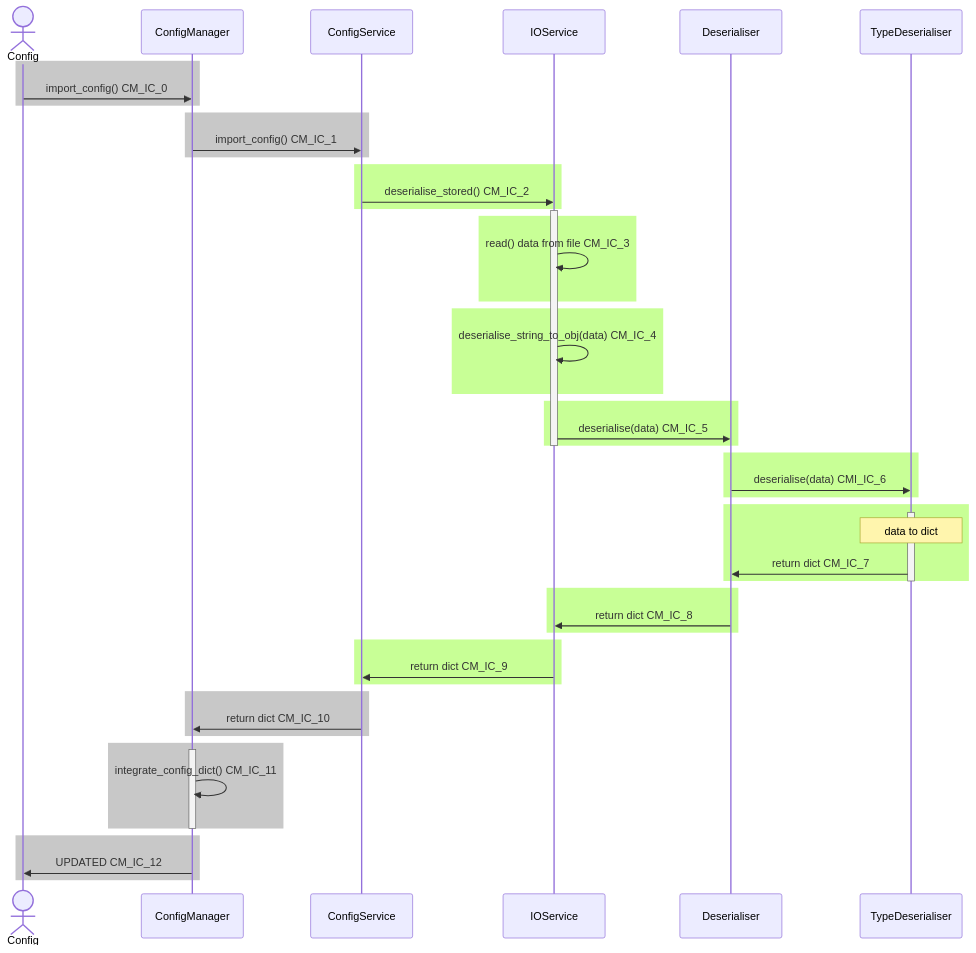
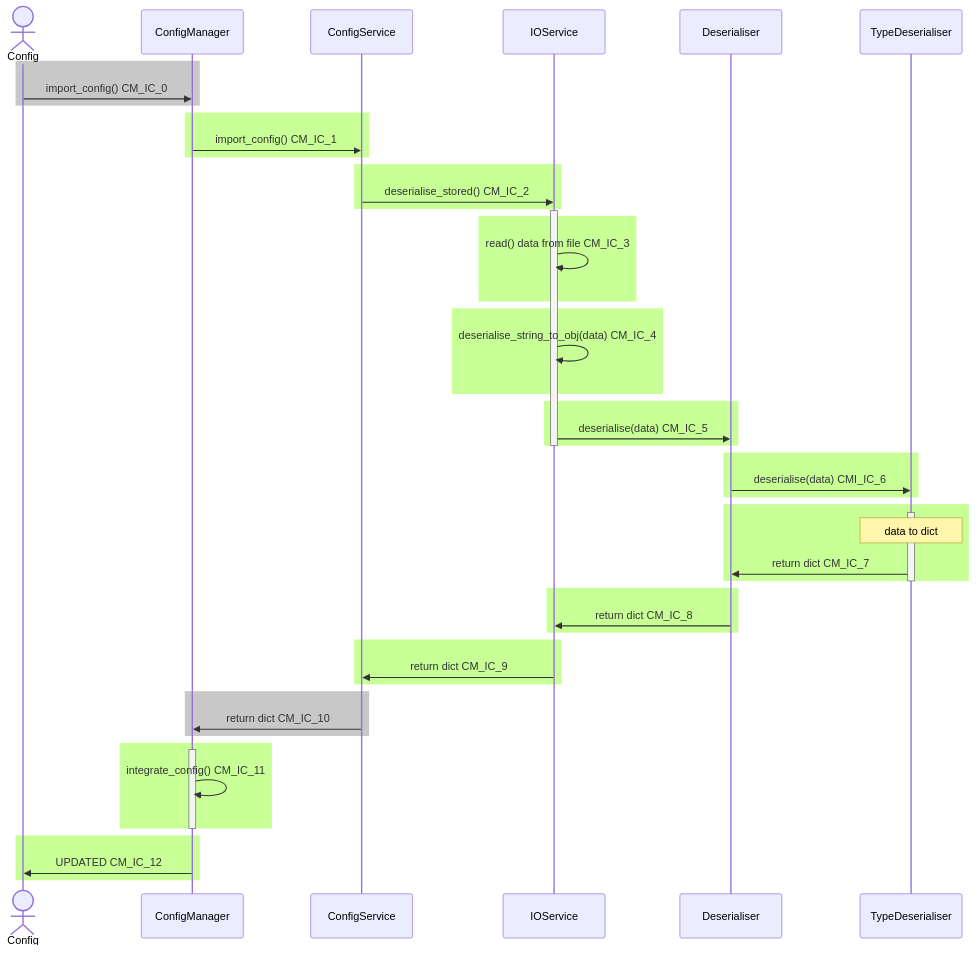
Before and after one commit to JonOfScience/EtymTreePython: the diagram in README.md, drawn with Mermaid. The commit also changed other lines of this file and 7 other files, not shown here.

````diff
--- a/README.md
+++ b/README.md
@@ -7,70 +7,70 @@
 ```mermaid
 sequenceDiagram
     actor Config
     Participant ConfigManager
     participant ConfigService
     participant IOService
     participant Deserialiser
     participant TypeDeserialiser
     
     rect rgb(200, 200, 200)
     Config->>ConfigManager: import_config() CM_IC_0
     end
 
-    rect rgb(200, 200, 200)
+    rect rgb(200, 255, 150)
     ConfigManager->>ConfigService: import_config() CM_IC_1
     end
 
     rect rgb(200, 255, 150)
     ConfigService->>IOService: deserialise_stored() CM_IC_2
     end
 
     activate IOService
     
     rect rgb(200, 255, 150)
     IOService->>IOService: read() data from file CM_IC_3
     end
     
     rect rgb(200, 255, 150)
     IOService->>IOService: deserialise_string_to_obj(data) CM_IC_4
     end
     
     rect rgb(200, 255, 150)
     IOService->>Deserialiser: deserialise(data) CM_IC_5
     end
     
     deactivate IOService
     
     rect rgb(200, 255, 150)
     Deserialiser->>TypeDeserialiser: deserialise(data) CMI_IC_6
     end
 
     rect rgb(200, 255, 150)
     activate TypeDeserialiser
     Note over TypeDeserialiser: data to dict
     TypeDeserialiser->>Deserialiser: return dict CM_IC_7
     end
     deactivate TypeDeserialiser
 
     rect rgb(200, 255, 150)
     Deserialiser->>IOService: return dict CM_IC_8
     end
 
     rect rgb(200, 255, 150)
     IOService->>ConfigService: return dict CM_IC_9
     end
 
     rect rgb(200, 200, 200)
     ConfigService->>ConfigManager: return dict CM_IC_10
     end
 
-    rect rgb(200, 200, 200)
+    rect rgb(200, 255, 150)
     activate ConfigManager
-    ConfigManager->>ConfigManager: integrate_config_dict() CM_IC_11
+    ConfigManager->>ConfigManager: integrate_config() CM_IC_11
     end
     deactivate ConfigManager
     
-    rect rgb(200, 200, 200)
+    rect rgb(200, 255, 150)
     ConfigManager ->> Config: UPDATED CM_IC_12
     end
 ```
````
